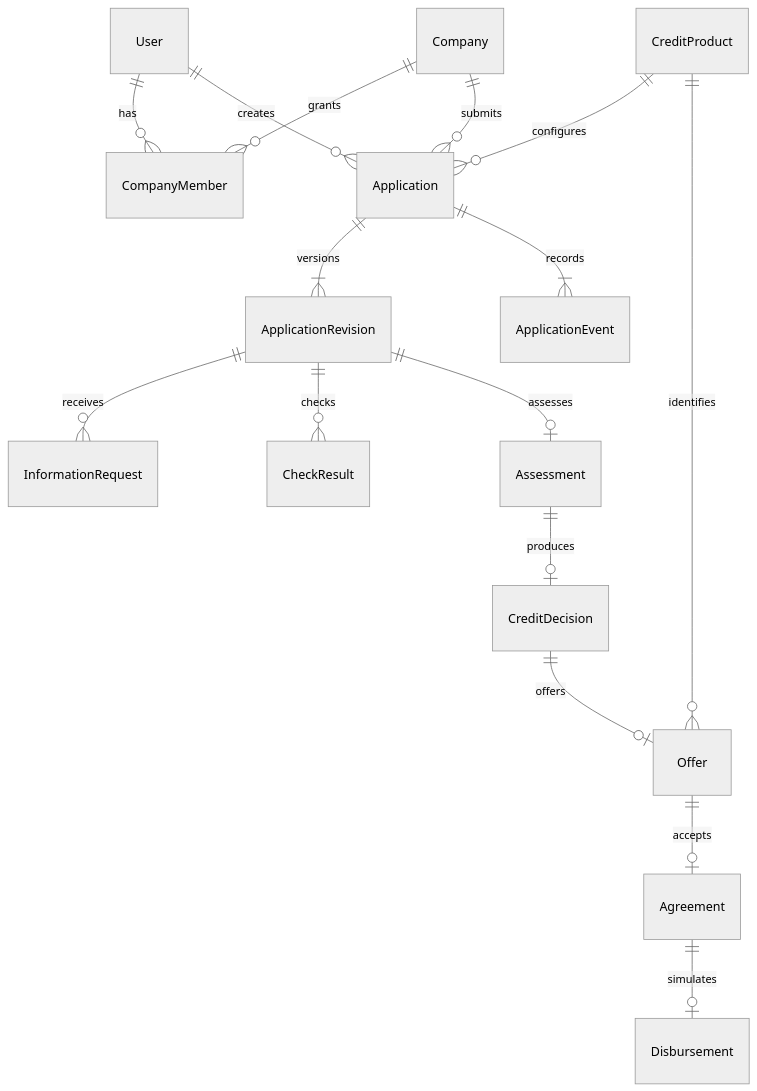
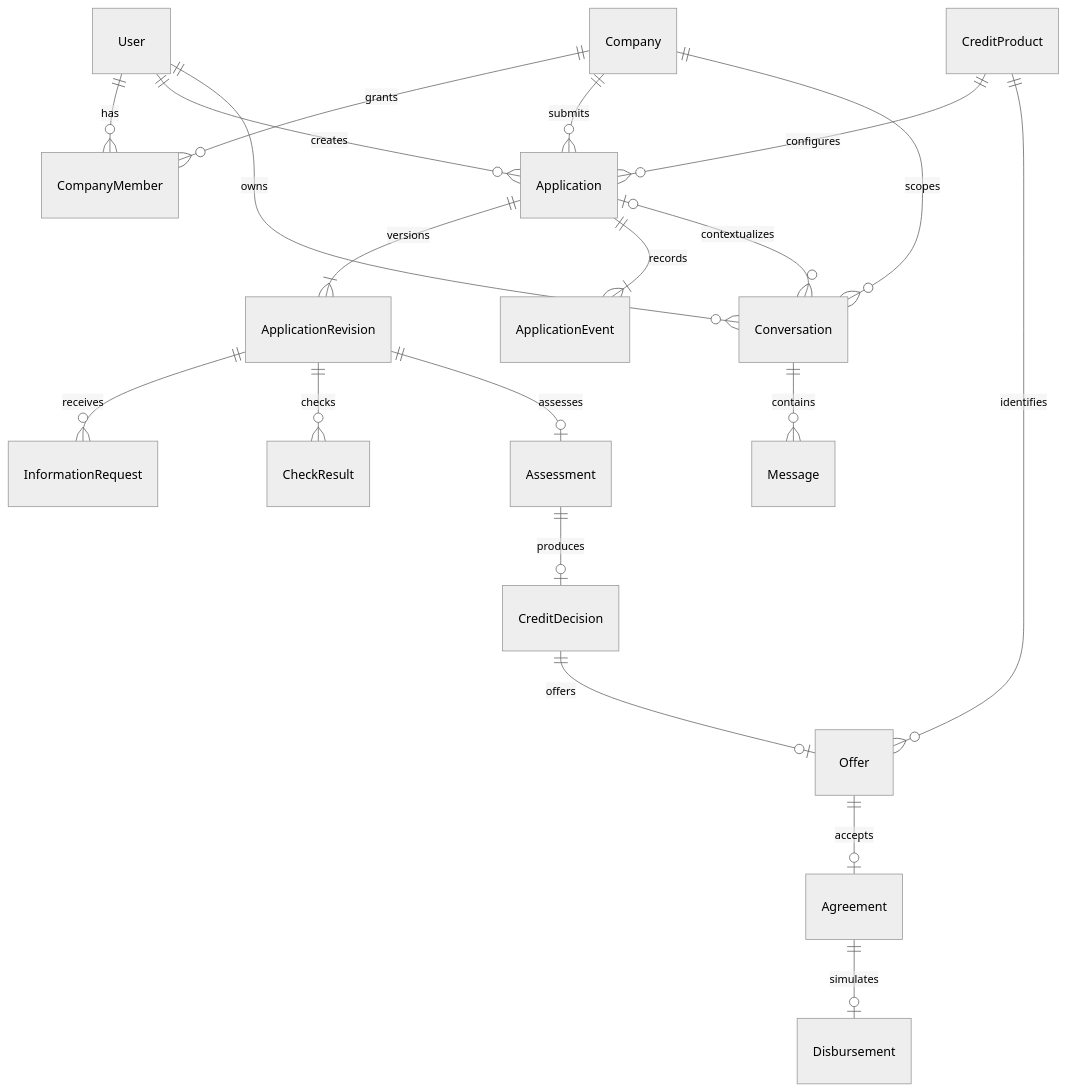
One commit to unish333ld/AlphaFutureHackathon2026 changed the diagram in docs/data-model.md. Above: the diagram before and after it, drawn with Mermaid (neutral theme). The commit also changed other lines of this file and 24 other files, not shown here.

````diff
--- a/docs/data-model.md
+++ b/docs/data-model.md
@@ -5,18 +5,22 @@
 ```mermaid
 erDiagram
     User ||--o{ CompanyMember : has
     Company ||--o{ CompanyMember : grants
     Company ||--o{ Application : submits
     User ||--o{ Application : creates
     CreditProduct ||--o{ Application : configures
     Application ||--|{ ApplicationRevision : versions
     Application ||--|{ ApplicationEvent : records
     ApplicationRevision ||--o{ InformationRequest : receives
     ApplicationRevision ||--o{ CheckResult : checks
     ApplicationRevision ||--o| Assessment : assesses
     Assessment ||--o| CreditDecision : produces
     CreditDecision ||--o| Offer : offers
     CreditProduct ||--o{ Offer : identifies
     Offer ||--o| Agreement : accepts
     Agreement ||--o| Disbursement : simulates
+    User ||--o{ Conversation : owns
+    Company ||--o{ Conversation : scopes
+    Application |o--o{ Conversation : contextualizes
+    Conversation ||--o{ Message : contains
 ```
````
